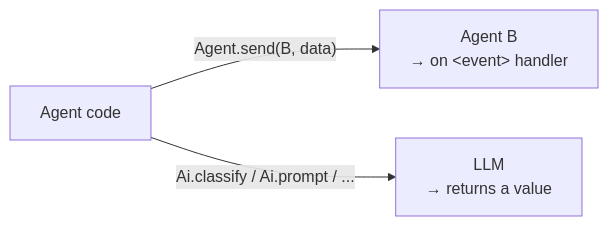
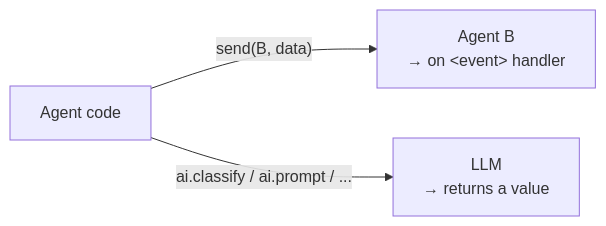
One commit to keel-lang/keel changed the fourth of 5 diagrams in docs/src/guide/agent-communication.md. Above: the diagram before and after it, drawn with Mermaid. The commit also changed other lines of this file and 207 other files, not shown here.

````diff
--- a/docs/src/guide/agent-communication.md
+++ b/docs/src/guide/agent-communication.md
@@ -110,6 +110,6 @@
 ```mermaid
 flowchart LR
     code["Agent code"]
-    code -->|"Agent.send(B, data)"| b["Agent B\n→ on &lt;event&gt; handler"]
-    code -->|"Ai.classify / Ai.prompt / ..."| llm["LLM\n→ returns a value"]
+    code -->|"send(B, data)"| b["Agent B\n→ on &lt;event&gt; handler"]
+    code -->|"ai.classify / ai.prompt / ..."| llm["LLM\n→ returns a value"]
 ```
````
